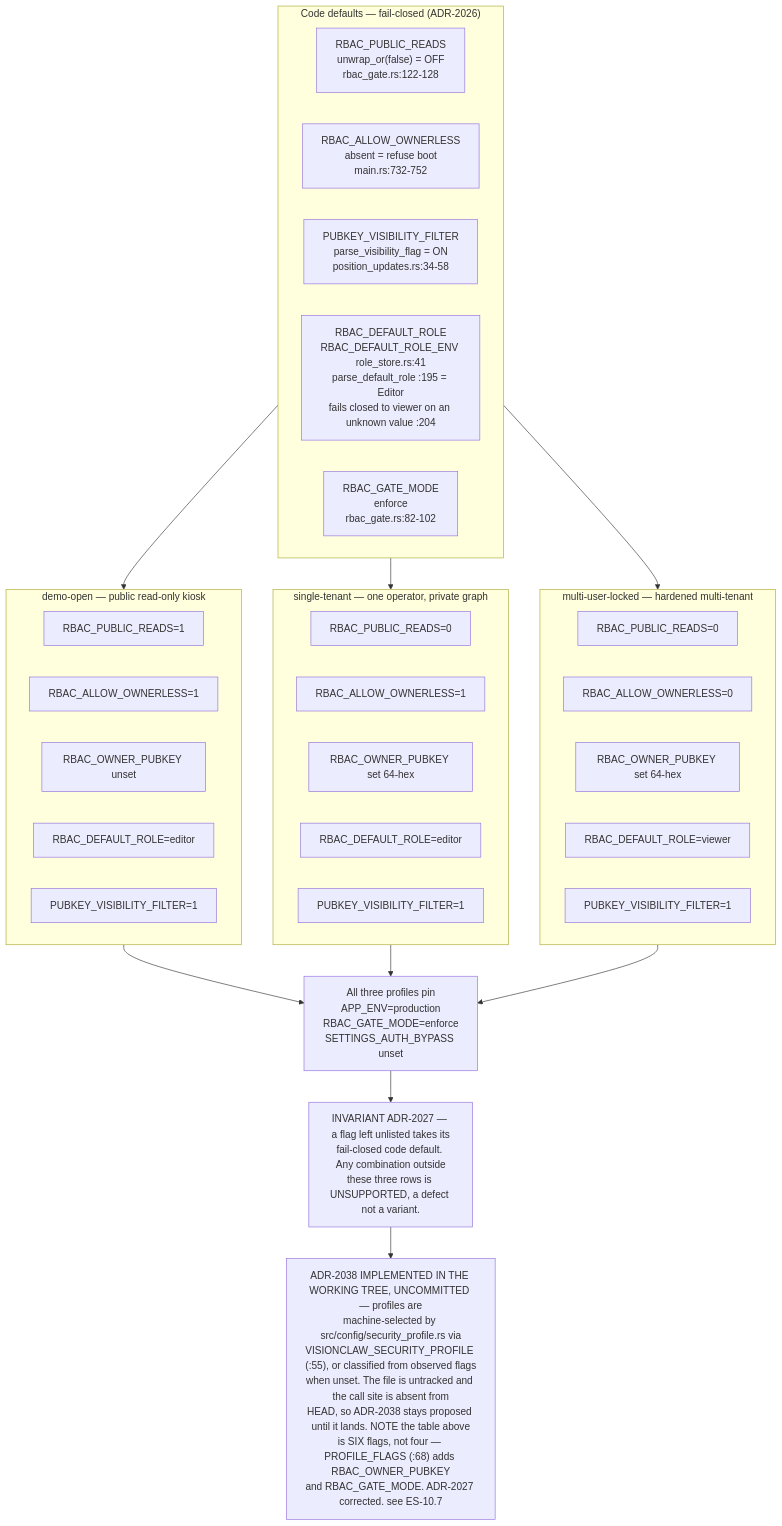
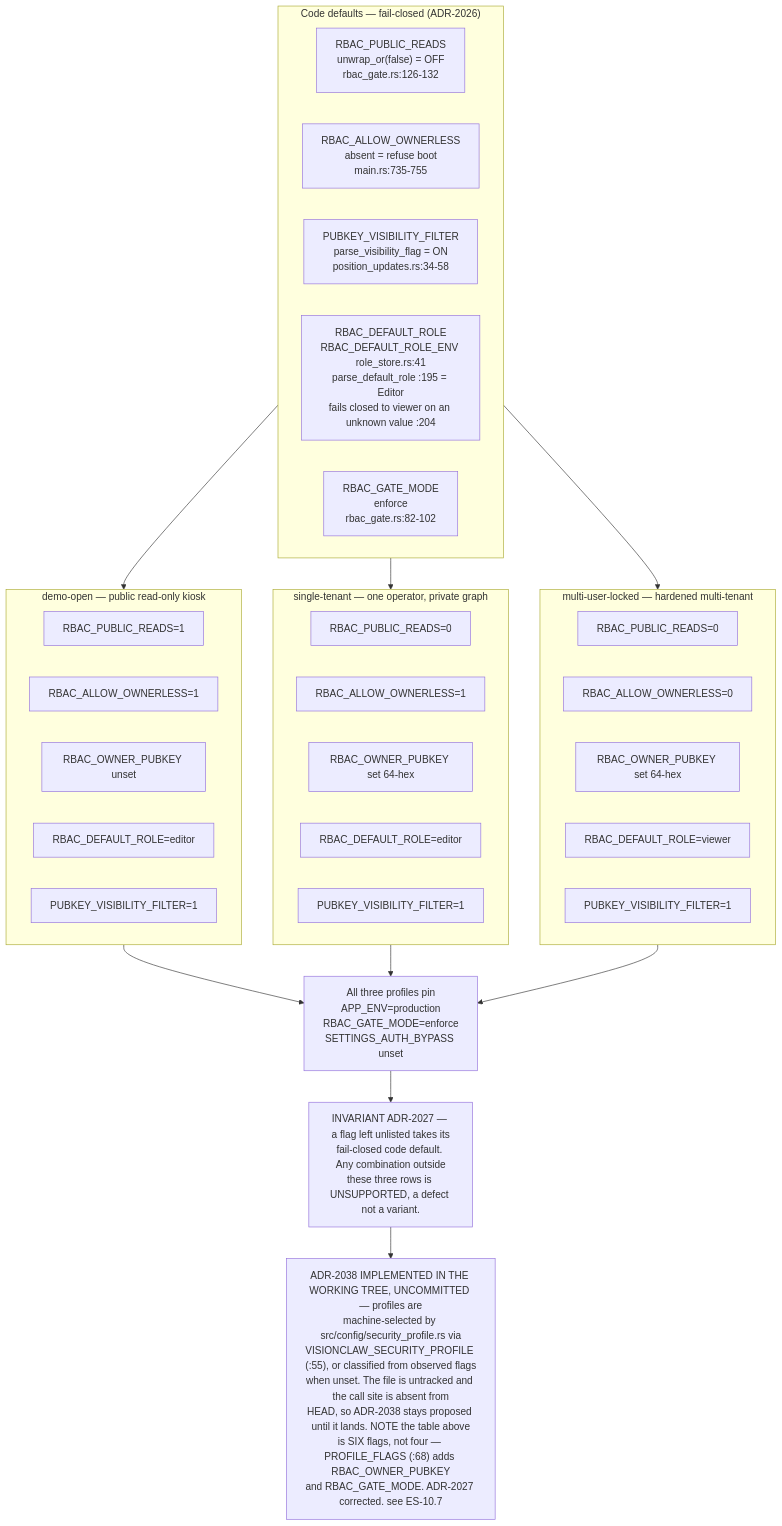
The first of 10 diagrams in docs/diagrams/estate/10-deployment-and-security-profiles.md (DreamLab-AI/AR-AI-Knowledge-Graph), drawn with Mermaid before and after one commit. The commit also changed other lines of this file and 73 other files, not shown here.

First line of the commit message:
docs(diagrams): re-verify all 71 topic files against HEAD; add --cite-check

````diff
--- a/docs/diagrams/estate/10-deployment-and-security-profiles.md
+++ b/docs/diagrams/estate/10-deployment-and-security-profiles.md
@@ -33,43 +33,43 @@
 ```mermaid
 flowchart TB
     subgraph code["Code defaults — fail-closed (ADR-2026)"]
-        CD1["RBAC_PUBLIC_READS<br/>unwrap_or(false) = OFF<br/>rbac_gate.rs:122-128"]
-        CD2["RBAC_ALLOW_OWNERLESS<br/>absent = refuse boot<br/>main.rs:732-752"]
+        CD1["RBAC_PUBLIC_READS<br/>unwrap_or(false) = OFF<br/>rbac_gate.rs:126-132"]
+        CD2["RBAC_ALLOW_OWNERLESS<br/>absent = refuse boot<br/>main.rs:735-755"]
         CD3["PUBKEY_VISIBILITY_FILTER<br/>parse_visibility_flag = ON<br/>position_updates.rs:34-58"]
         CD4["RBAC_DEFAULT_ROLE<br/>RBAC_DEFAULT_ROLE_ENV role_store.rs:41<br/>parse_default_role :195 = Editor<br/>fails closed to viewer on an unknown value :204"]
         CD5["RBAC_GATE_MODE<br/>enforce<br/>rbac_gate.rs:82-102"]
     end
     subgraph demo["demo-open — public read-only kiosk"]
         D1["RBAC_PUBLIC_READS=1"]
         D2["RBAC_ALLOW_OWNERLESS=1"]
         D3["RBAC_OWNER_PUBKEY unset"]
         D4["RBAC_DEFAULT_ROLE=editor"]
         D5["PUBKEY_VISIBILITY_FILTER=1"]
     end
     subgraph single["single-tenant — one operator, private graph"]
         S1["RBAC_PUBLIC_READS=0"]
         S2["RBAC_ALLOW_OWNERLESS=1"]
         S3["RBAC_OWNER_PUBKEY set 64-hex"]
         S4["RBAC_DEFAULT_ROLE=editor"]
         S5["PUBKEY_VISIBILITY_FILTER=1"]
     end
     subgraph locked["multi-user-locked — hardened multi-tenant"]
         L1["RBAC_PUBLIC_READS=0"]
         L2["RBAC_ALLOW_OWNERLESS=0"]
         L3["RBAC_OWNER_PUBKEY set 64-hex"]
         L4["RBAC_DEFAULT_ROLE=viewer"]
         L5["PUBKEY_VISIBILITY_FILTER=1"]
     end
     ALL["All three profiles pin<br/>APP_ENV=production<br/>RBAC_GATE_MODE=enforce<br/>SETTINGS_AUTH_BYPASS unset"]
     INV["INVARIANT ADR-2027 — a flag left unlisted takes its<br/>fail-closed code default. Any combination outside<br/>these three rows is UNSUPPORTED, a defect not a variant."]
     DRIFT["ADR-2038 IMPLEMENTED IN THE WORKING TREE, UNCOMMITTED — profiles are<br/>machine-selected by src/config/security_profile.rs via<br/>VISIONCLAW_SECURITY_PROFILE (:55), or classified from observed flags<br/>when unset. The file is untracked and the call site is absent from<br/>HEAD, so ADR-2038 stays proposed until it lands. NOTE the table above<br/>is SIX flags, not four — PROFILE_FLAGS (:68) adds RBAC_OWNER_PUBKEY<br/>and RBAC_GATE_MODE. ADR-2027 corrected. see ES-10.7"]
 
     code --> demo
     code --> single
     code --> locked
     demo --> ALL
     single --> ALL
     locked --> ALL
     ALL --> INV
     INV --> DRIFT
 ```
````
